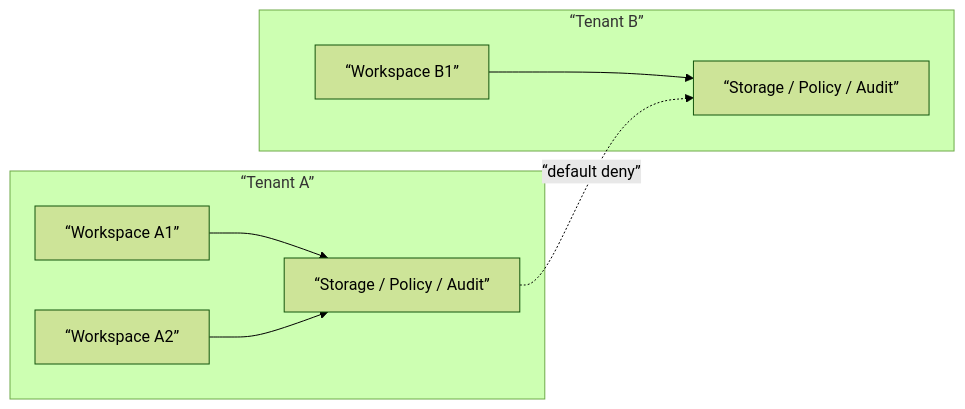
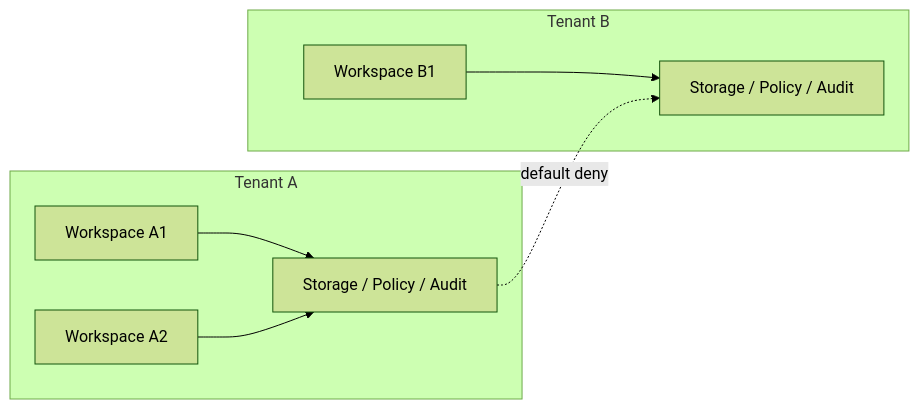
Before and after one commit to HoldenShen-hz/automatic-agent-platform: the second of 3 diagrams in docs_en/contracts/tenant_and_organization_contract.md, drawn with Mermaid (forest theme). The commit also changed other lines of this file and 146 other files, not shown here.

````diff
--- a/docs_en/contracts/tenant_and_organization_contract.md
+++ b/docs_en/contracts/tenant_and_organization_contract.md
@@ -150,18 +167,18 @@
 ```mermaid
 flowchart LR
-    subgraph T1[“Tenant A”]
-        A1[“Workspace A1”]
-        A2[“Workspace A2”]
-        A3[“Storage / Policy / Audit”]
+    subgraph T1["Tenant A"]
+        A1["Workspace A1"]
+        A2["Workspace A2"]
+        A3["Storage / Policy / Audit"]
     end
 
-    subgraph T2[“Tenant B”]
-        B1[“Workspace B1”]
-        B2[“Storage / Policy / Audit”]
+    subgraph T2["Tenant B"]
+        B1["Workspace B1"]
+        B2["Storage / Policy / Audit"]
     end
 
     A1 --> A3
     A2 --> A3
     B1 --> B2
-    A3 -. “default deny” .-> B2
+    A3 -. "default deny" .-> B2
 ```
````
